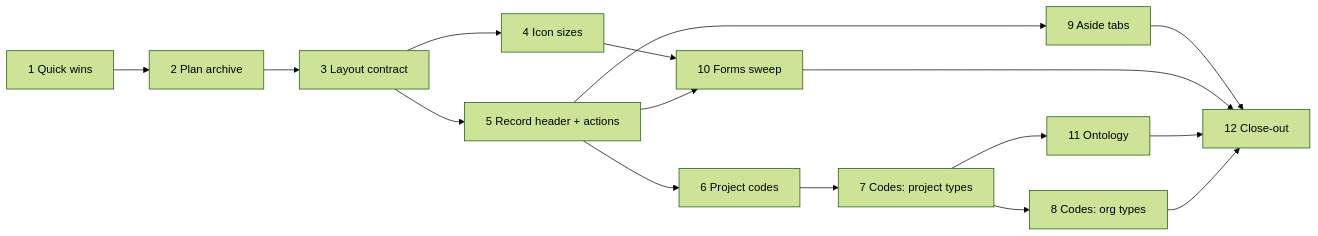
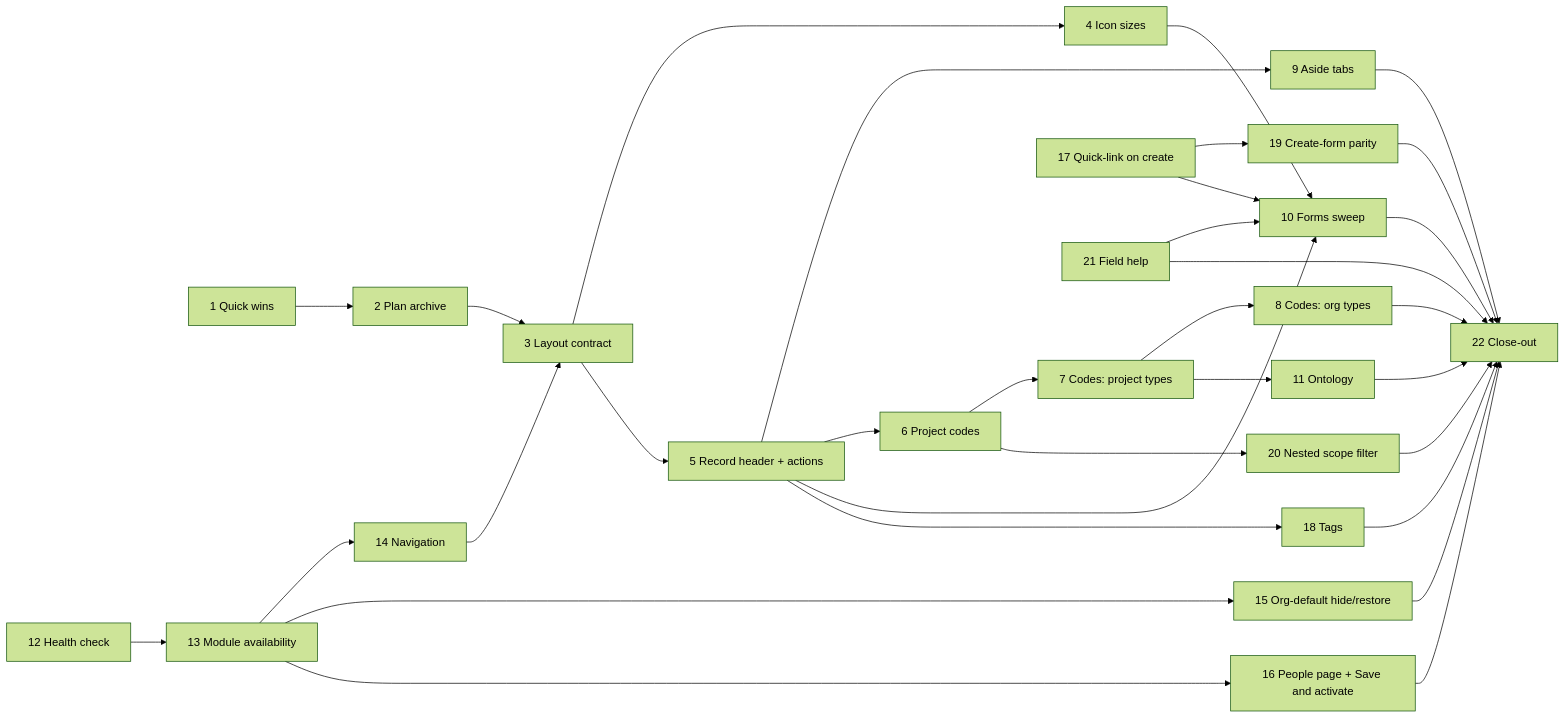
One commit to ballardr/reqtrackmanager changed the first of 2 diagrams in docs/plans/platform-review-2026-10-plan.md. Above: the diagram before and after it, drawn with Mermaid (forest theme). The commit also changed other lines of this file and 25 other files, not shown here.

Commit message:
Phase 12 - Container health check reports unhealthy on a working install

````diff
--- a/docs/plans/platform-review-2026-10-plan.md
+++ b/docs/plans/platform-review-2026-10-plan.md
@@ -25,16 +35,30 @@
 ```mermaid
 flowchart LR
     P1["1 Quick wins"] --> P2["2 Plan archive"] --> P3["3 Layout contract"]
     P3 --> P4["4 Icon sizes"]
     P3 --> P5["5 Record header + actions"]
     P5 --> P9["9 Aside tabs"]
     P5 --> P6["6 Project codes"]
     P6 --> P7["7 Codes: project types"] --> P8["8 Codes: org types"]
     P7 --> P11["11 Ontology"]
     P4 --> P10["10 Forms sweep"]
     P5 --> P10
-    P9 --> P12["12 Close-out"]
-    P10 --> P12
-    P11 --> P12
-    P8 --> P12
+    P9 --> P22["22 Close-out"]
+    P10 --> P22
+    P11 --> P22
+    P8 --> P22
+    P12["12 Health check"] --> P13["13 Module availability"] --> P14["14 Navigation"] --> P3
+    P13 --> P15["15 Org-default hide/restore"]
+    P13 --> P16["16 People page + Save and activate"]
+    P5 --> P18["18 Tags"]
+    P17["17 Quick-link on create"] --> P19["19 Create-form parity"]
+    P6 --> P20["20 Nested scope filter"]
+    P21["21 Field help"] --> P10
+    P15 --> P22
+    P16 --> P22
+    P18 --> P22
+    P19 --> P22
+    P20 --> P22
+    P21 --> P22
+    P17 --> P10
 ```
````
